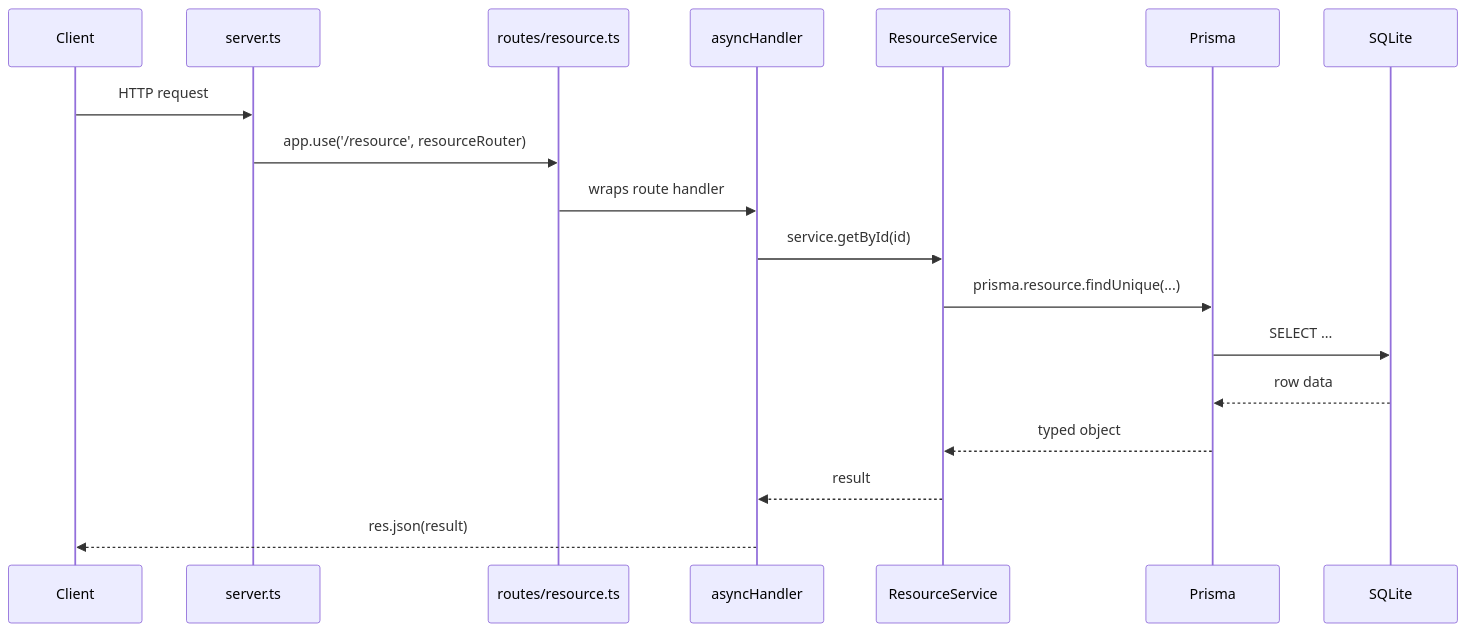
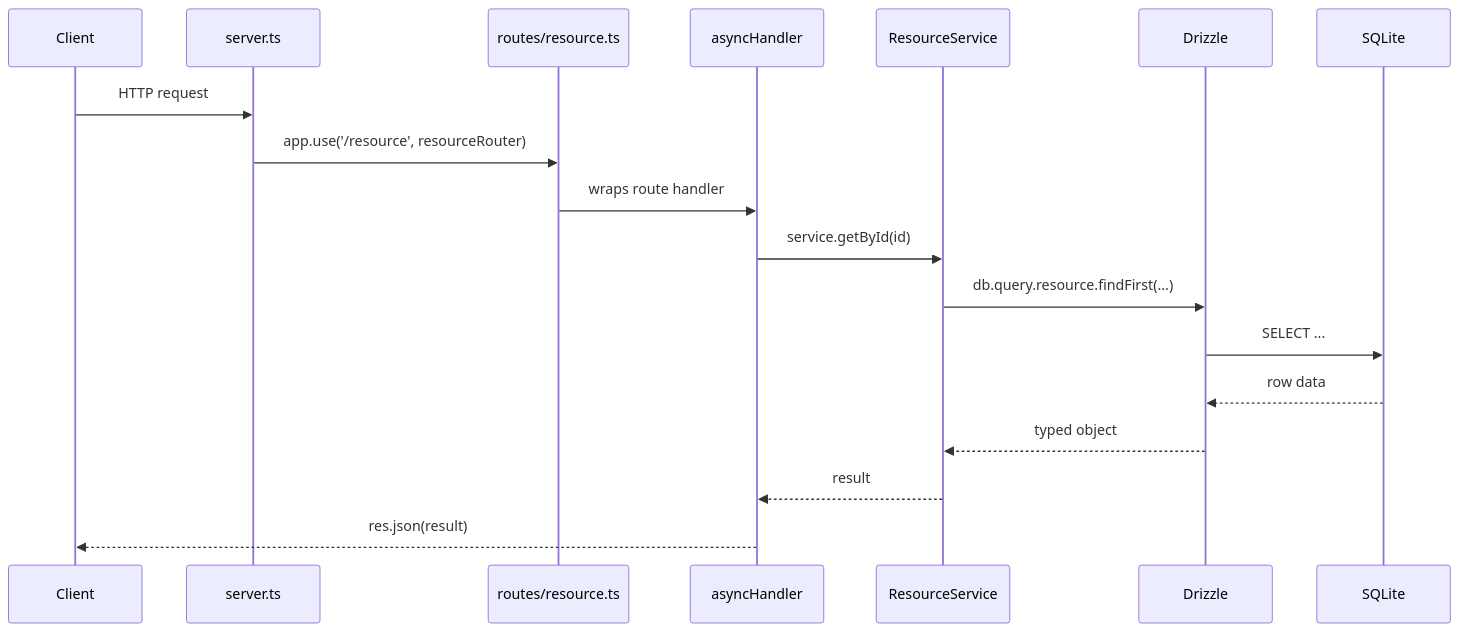
Before and after one commit to rimmertzelle/pianissimo: the first of 2 diagrams in README.md, drawn with Mermaid. The commit also changed other lines of this file and 19 other files, not shown here.

First line of the commit message:
Replace Prisma ORM with Drizzle + libSQL

````diff
--- a/README.md
+++ b/README.md
@@ -79,21 +80,21 @@
 ```mermaid
 sequenceDiagram
     participant Client
     participant server.ts
     participant routes/resource.ts
     participant asyncHandler
     participant ResourceService
-    participant Prisma
+    participant Drizzle
     participant SQLite
 
     Client->>server.ts: HTTP request
     server.ts->>routes/resource.ts: app.use('/resource', resourceRouter)
     routes/resource.ts->>asyncHandler: wraps route handler
     asyncHandler->>ResourceService: service.getById(id)
-    ResourceService->>Prisma: prisma.resource.findUnique(...)
-    Prisma->>SQLite: SELECT ...
-    SQLite-->>Prisma: row data
-    Prisma-->>ResourceService: typed object
+    ResourceService->>Drizzle: db.query.resource.findFirst(...)
+    Drizzle->>SQLite: SELECT ...
+    SQLite-->>Drizzle: row data
+    Drizzle-->>ResourceService: typed object
     ResourceService-->>asyncHandler: result
     asyncHandler-->>Client: res.json(result)
 ```
````
